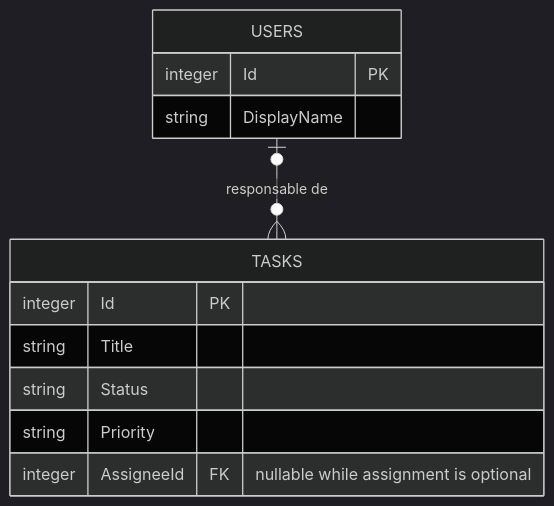
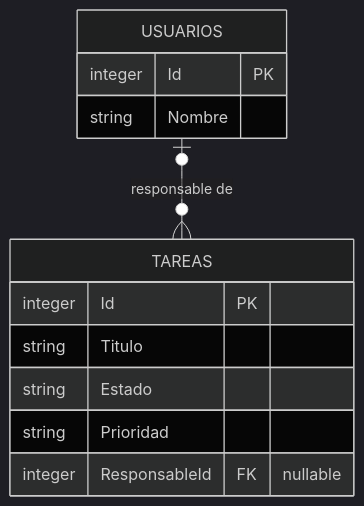
Before and after one commit to hispafox/app-todolist-260928: the first of 2 diagrams in docs/arquitectura.md, drawn with Mermaid (dark theme). The commit also changed other lines of this file and 7 other files, not shown here.

````diff
--- a/docs/arquitectura.md
+++ b/docs/arquitectura.md
@@ -16,17 +16,17 @@
 ```mermaid
 erDiagram
-    USERS {
+    USUARIOS {
         integer Id PK
-        string DisplayName
+        string Nombre
     }
 
-    TASKS {
+    TAREAS {
         integer Id PK
-        string Title
-        string Status
-        string Priority
-        integer AssigneeId FK "nullable while assignment is optional"
+        string Titulo
+        string Estado
+        string Prioridad
+        integer ResponsableId FK "nullable"
     }
 
-    USERS o|--o{ TASKS : "responsable de"
+    USUARIOS o|--o{ TAREAS : "responsable de"
 ```
````
